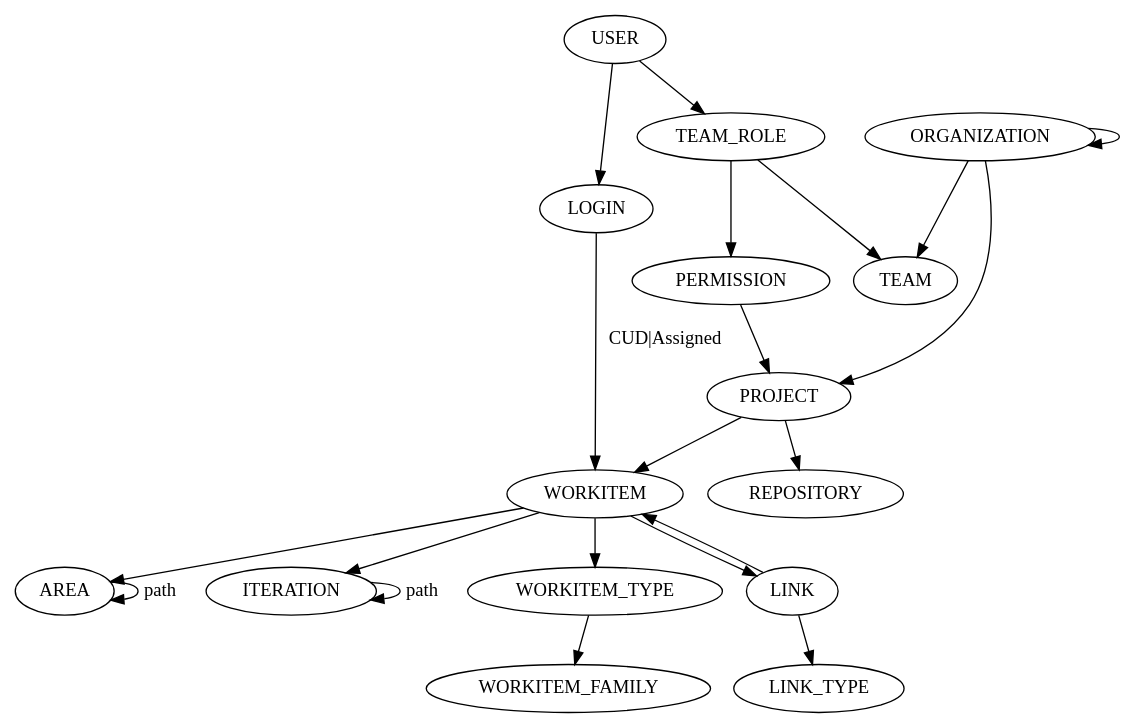
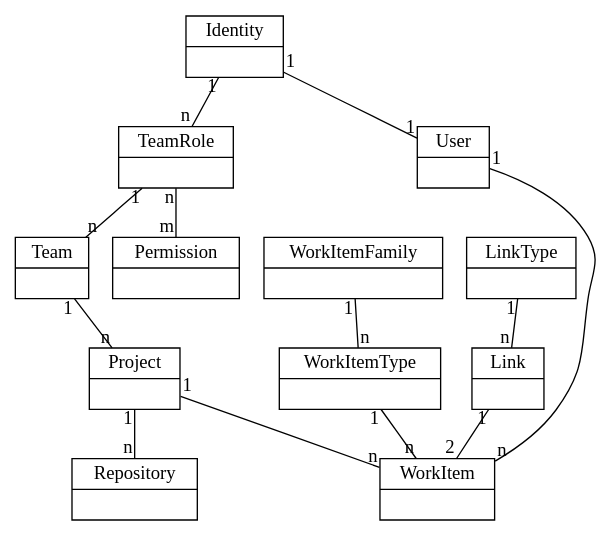
One commit to almighty/almighty-devdoc changed the diagram in _blueprints/model_overview.adoc. Above: the diagram before and after it, drawn with Graphviz. The commit also changed other lines of this file, not shown here.

Commit message:
New version of model overview diagram, with relations.

```diff
--- a/_blueprints/model_overview.adoc
+++ b/_blueprints/model_overview.adoc
@@ -3,31 +3,58 @@
 [graphviz, model_overview, svg]
 ----
 digraph G {
-	USER -> LOGIN
-	
-	USER -> TEAM_ROLE
-	LOGIN -> WORKITEM[label="CUD|Assigned"]
-	
+	node [
+		shape = "record"
+	]
+
+  IDENTITY [label = "{Identity|}"]
+  USER [label = "{User|}"]
+  TEAM_ROLE [label = "{TeamRole|}"]
+  WORKITEM [label = "{WorkItem|}"]
+  TEAM [label = "{Team|}"]
+  PERMISSION [label = "{Permission|}"]
+  PROJECT [label = "{Project|}"]
+  WORKITEM_TYPE [label = "{WorkItemType|}"]
+  CATEGORY [label = "{WorkItemFamily|}"]
+  LINK [label = "{Link|}"]
+  LINK_TYPE [label = "{LinkType|}"]
+  REPOSITORY [label = "{Repository|}"]
+
+	edge [
+		arrowhead = "none"
+		headlabel = "n"
+		taillabel = "1"
+	]
+	IDENTITY -> TEAM_ROLE
+	USER -> WORKITEM
 	TEAM_ROLE -> TEAM
-	TEAM_ROLE -> PERMISSION
-	PERMISSION -> PROJECT
-
-	ORGANIZATION -> TEAM
-	ORGANIZATION -> PROJECT
-	ORGANIZATION -> ORGANIZATION
-
+	TEAM -> PROJECT
 	PROJECT -> WORKITEM
 	PROJECT -> REPOSITORY
+	WORKITEM_TYPE -> WORKITEM
+	LINK_TYPE -> LINK
+	CATEGORY -> WORKITEM_TYPE
 
-	WORKITEM -> AREA
-	WORKITEM -> ITERATION
-	WORKITEM -> WORKITEM_TYPE
-	WORKITEM -> LINK
-	WORKITEM_TYPE -> WORKITEM_FAMILY
+	edge [
+		arrowhead = "none"
+		headlabel = "1"
+		taillabel = "1"
+	]
+	IDENTITY -> USER
 
-	AREA -> AREA [label="path"]
-	ITERATION -> ITERATION [label="path"] 
+	edge [
+		arrowhead = "none"
+		headlabel = "m"
+		taillabel = "n"
+	]
+	TEAM_ROLE -> PERMISSION
+
+	edge [
+		arrowhead = "none"
+		headlabel = "2"
+		taillabel = "1"
+	]
 	LINK -> WORKITEM
-	LINK -> LINK_TYPE
+
 }
 ----
```
